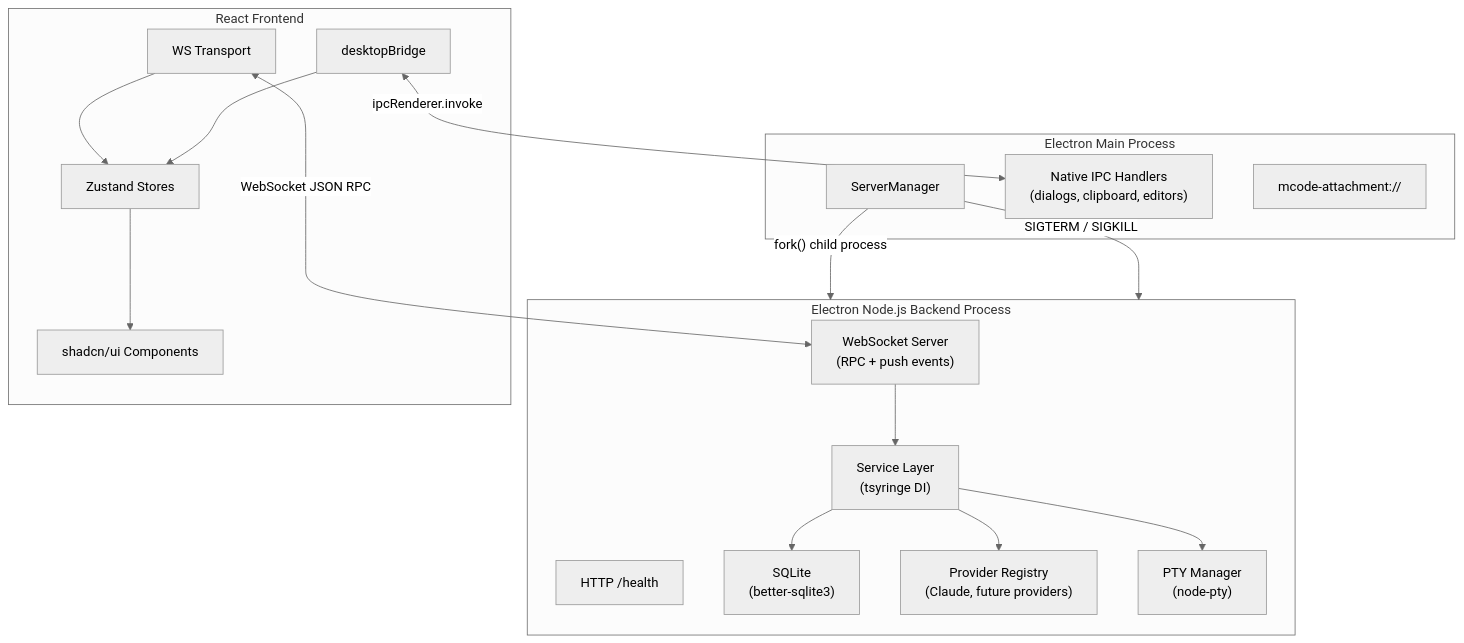
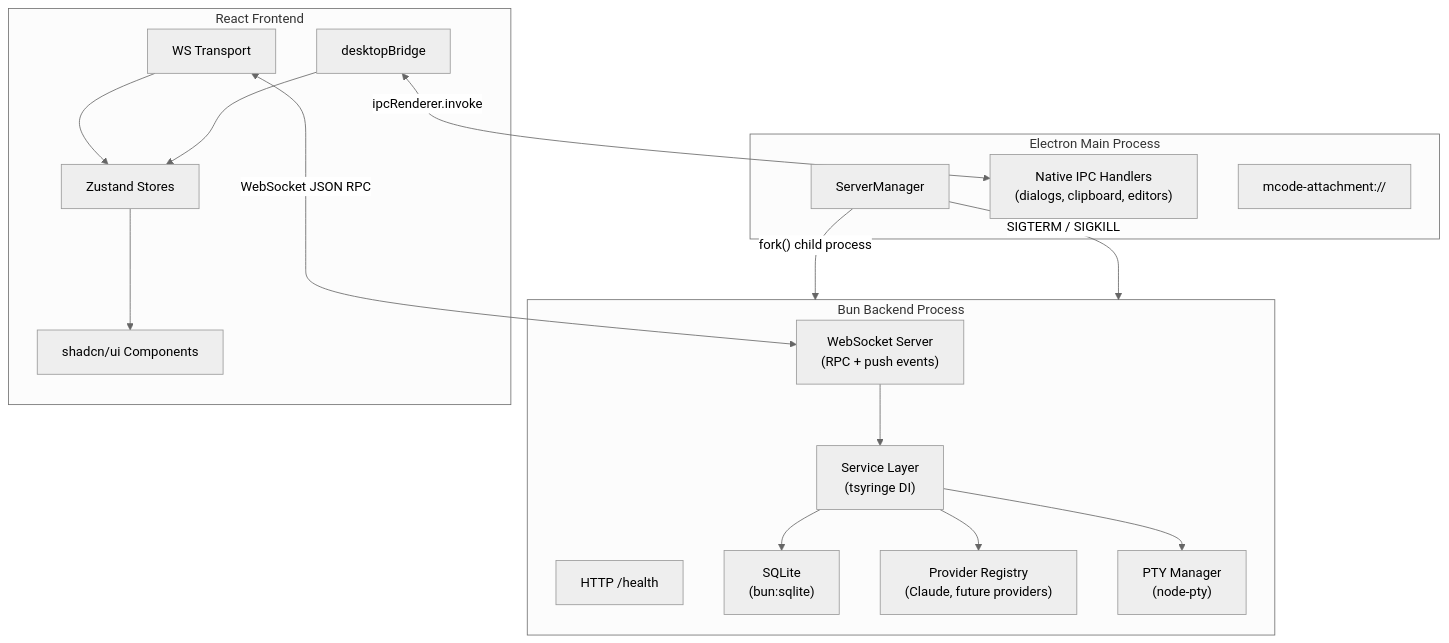
Before and after one commit to Mzeey-Emipre/mcode: the first of 6 diagrams in ARCHITECTURE.md, drawn with Mermaid (neutral theme). The commit also changed other lines of this file and 194 other files, not shown here.

First line of the commit message:
feat: migrate server runtime to Bun (#1659)

````diff
--- a/ARCHITECTURE.md
+++ b/ARCHITECTURE.md
@@ -197,38 +197,38 @@
 ```mermaid
 graph TB
     subgraph Desktop["Electron Main Process"]
         SM["ServerManager"]
         IPC["Native IPC Handlers<br/>(dialogs, clipboard, editors)"]
         Proto["mcode-attachment://"]
     end
 
-    subgraph Server["Electron Node.js Backend Process"]
+    subgraph Server["Bun Backend Process"]
         WS["WebSocket Server<br/>(RPC + push events)"]
         HTTP["HTTP /health"]
         Services["Service Layer<br/>(tsyringe DI)"]
-        DB["SQLite<br/>(better-sqlite3)"]
+        DB["SQLite<br/>(bun:sqlite)"]
         Providers["Provider Registry<br/>(Claude, future providers)"]
         PTY["PTY Manager<br/>(node-pty)"]
 
         WS --> Services
         Services --> DB
         Services --> Providers
         Services --> PTY
     end
 
     subgraph Renderer["React Frontend"]
         Transport["WS Transport"]
         Bridge["desktopBridge"]
         Stores["Zustand Stores"]
         UI["shadcn/ui Components"]
 
         Transport --> Stores
         Bridge --> Stores
         Stores --> UI
     end
 
     SM -->|"fork() child process"| Server
     Transport <-->|"WebSocket JSON RPC"| WS
     Bridge <-->|"ipcRenderer.invoke"| IPC
     SM -->|"SIGTERM / SIGKILL"| Server
 ```
````
